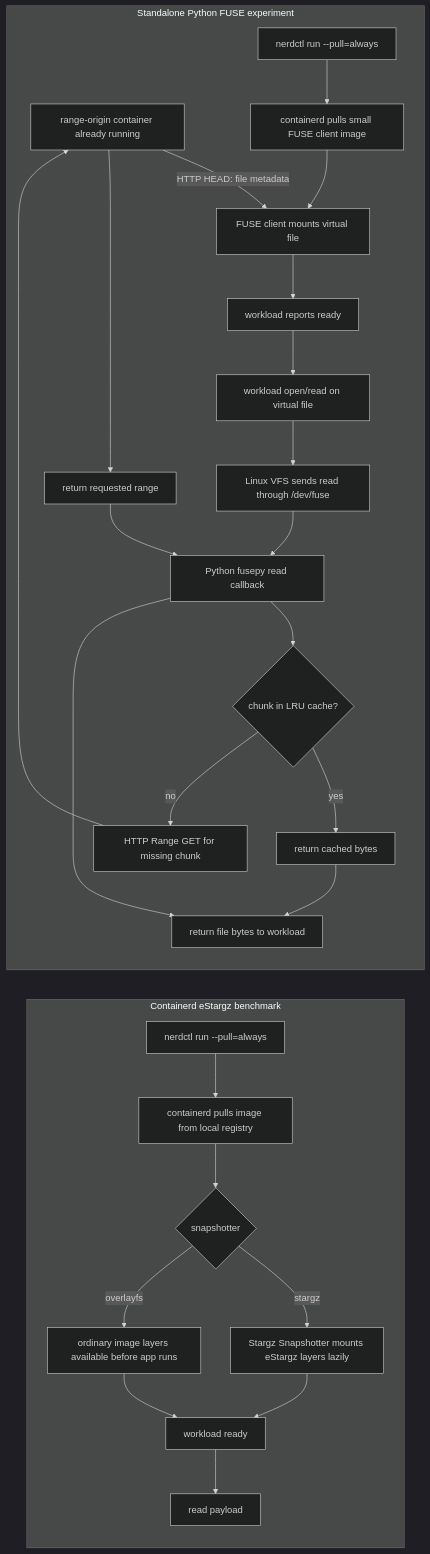
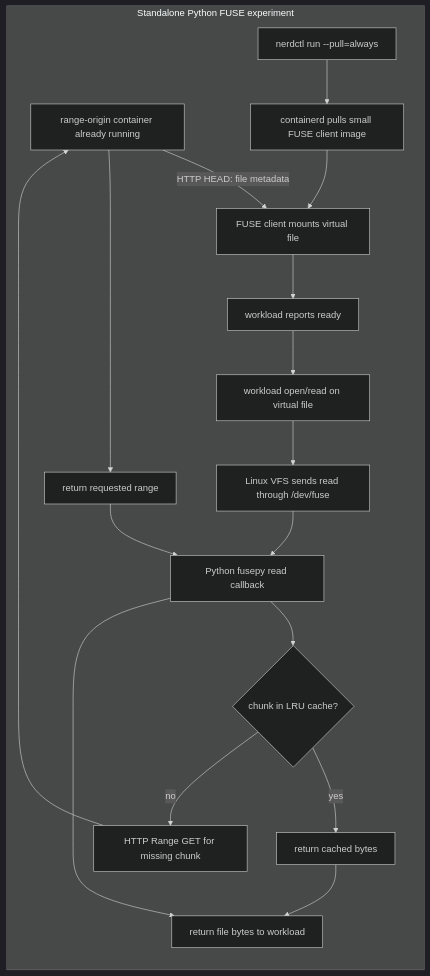
Before and after one commit to jainyk/eseNetworks-main: the diagram in README.md, drawn with Mermaid (dark theme).

````diff
--- a/README.md
+++ b/README.md
@@ -14,30 +14,21 @@
 ```mermaid
 flowchart LR
-    subgraph Original[Containerd eStargz benchmark]
-        A[nerdctl run --pull=always] --> B[containerd pulls image from local registry]
-        B --> C{snapshotter}
-        C -->|overlayfs| D[ordinary image layers available before app runs]
-        C -->|stargz| E[Stargz Snapshotter mounts eStargz layers lazily]
-        D --> F[workload ready]
-        E --> F
-        F --> G[read payload]
-    end
 
     subgraph PythonFUSE[Standalone Python FUSE experiment]
         O[range-origin container already running] -->|HTTP HEAD: file metadata| M[FUSE client mounts virtual file]
         H[nerdctl run --pull=always] --> I[containerd pulls small FUSE client image]
         I --> M
         M --> J[workload reports ready]
         J --> K[workload open/read on virtual file]
         K --> L[Linux VFS sends read through /dev/fuse]
         L --> N[Python fusepy read callback]
         N --> P{chunk in LRU cache?}
         P -->|yes| Q[return cached bytes]
         P -->|no| R[HTTP Range GET for missing chunk]
         R --> O
         O --> S[return requested range]
         S --> N
         N --> T[return file bytes to workload]
         Q --> T
     end
 ```
````
